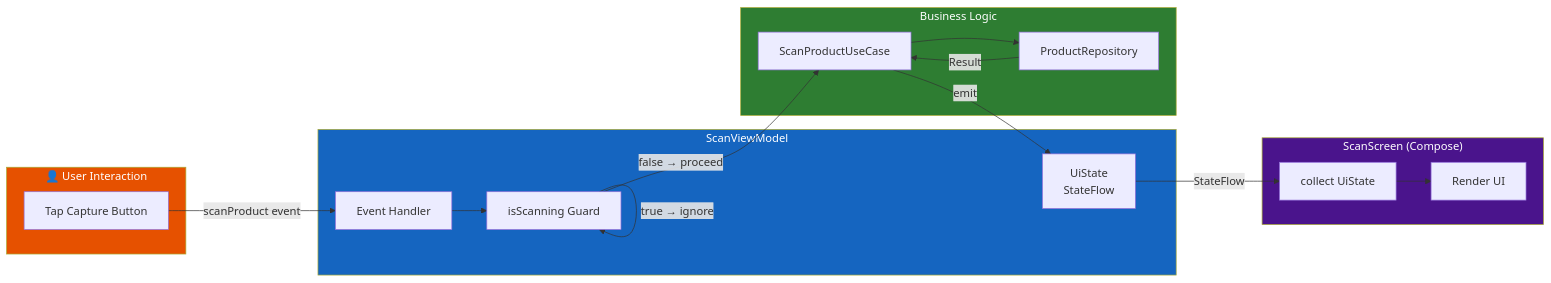
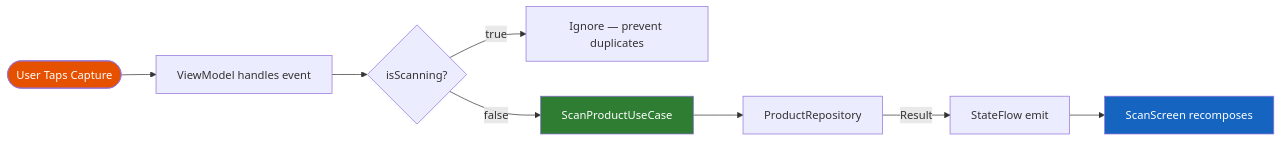
Before and after one commit to lakshmanreddymv-bot/FakeProductDetector: the third of 5 diagrams in README.md, drawn with Mermaid. The commit also changed other lines of this file, not shown here.

Commit message:
Fix screenshot sizes + slim down all Mermaid diagrams for readability

````diff
--- a/README.md
+++ b/README.md
@@ -195,37 +163,14 @@
 ```mermaid
 graph LR
-    subgraph USER["👤 User Interaction"]
-        TAP[Tap Capture Button]
-    end
+    TAP([User Taps Capture]) --> EV[ViewModel handles event]
+    EV --> IS{isScanning?}
+    IS -->|true| IGN[Ignore — prevent duplicates]
+    IS -->|false| UC[ScanProductUseCase]
+    UC --> REPO[ProductRepository]
+    REPO -->|Result| ST[StateFlow emit]
+    ST --> UI[ScanScreen recomposes]
 
-    subgraph VM["ScanViewModel"]
-        EV[Event Handler]
-        ST[UiState<br/>StateFlow]
-        IS[isScanning Guard]
-    end
-
-    subgraph LOGIC["Business Logic"]
-        UC2[ScanProductUseCase]
-        REPO2[ProductRepository]
-    end
-
-    subgraph UI2["ScanScreen  (Compose)"]
-        OB[collect UiState]
-        RENDER[Render UI]
-    end
-
-    TAP -->|scanProduct event| EV
-    EV --> IS
-    IS -->|false → proceed| UC2
-    IS -->|true → ignore| IS
-    UC2 --> REPO2
-    REPO2 -->|Result| UC2
-    UC2 -->|emit| ST
-    ST -->|StateFlow| OB
-    OB --> RENDER
-
-    style USER fill:#e65100,color:#fff
-    style VM fill:#1565c0,color:#fff
-    style LOGIC fill:#2e7d32,color:#fff
-    style UI2 fill:#4a148c,color:#fff
+    style TAP fill:#e65100,color:#fff
+    style UC fill:#2e7d32,color:#fff
+    style UI fill:#1565c0,color:#fff
 ```
````
